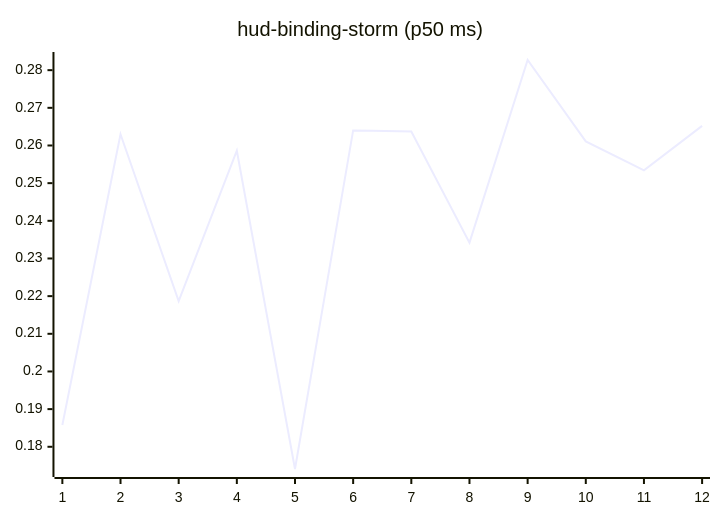
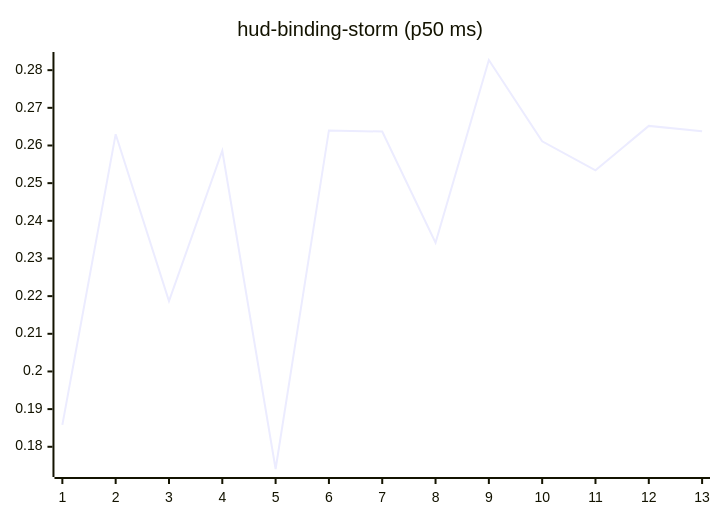
Before and after one commit to josha/Facet: the tenth of 27 diagrams in README.md, drawn with Mermaid. The commit also changed other lines of this file and 2 other files, not shown here.

````diff
--- a/README.md
+++ b/README.md
@@ -126,6 +126,6 @@
 ```mermaid
 xychart-beta
     title "hud-binding-storm (p50 ms)"
-    x-axis 1 --> 12
-    line [0.1858, 0.2630, 0.2187, 0.2586, 0.1741, 0.2640, 0.2637, 0.2342, 0.2827, 0.2611, 0.2534, 0.2652]
+    x-axis 1 --> 13
+    line [0.1858, 0.2630, 0.2187, 0.2586, 0.1741, 0.2640, 0.2637, 0.2342, 0.2827, 0.2611, 0.2534, 0.2652, 0.2638]
 ```
````
